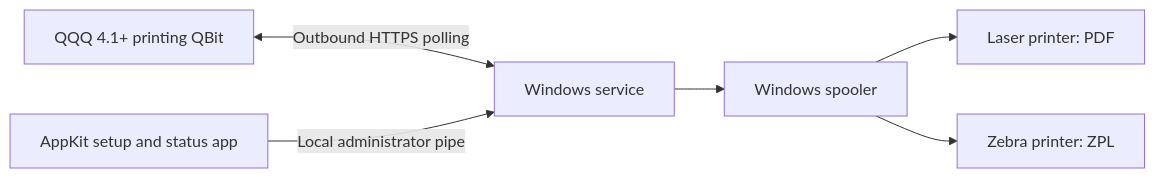
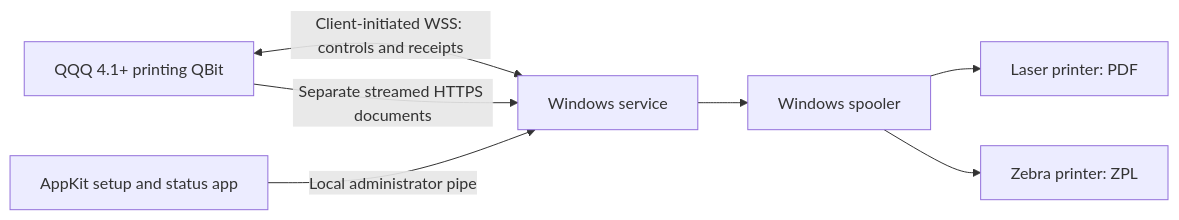
One commit to QRun-IO/qqq-print-agent changed the diagram in README.md. Above: the diagram before and after it, drawn with Mermaid. The commit also changed other lines of this file and 83 other files, not shown here.

````diff
--- a/README.md
+++ b/README.md
@@ -38,8 +38,9 @@
 ```mermaid
 flowchart LR
-  Q[QQQ 4.1+ printing QBit] <-->|Outbound HTTPS polling| S[Windows service]
+  Q[QQQ 4.1+ printing QBit] <-->|Client-initiated WSS: controls and receipts| S[Windows service]
+  Q -->|Separate streamed HTTPS documents| S
   U[AppKit setup and status app] -->|Local administrator pipe| S
   S --> W[Windows spooler]
   W --> L[Laser printer: PDF]
   W --> Z[Zebra printer: ZPL]
 ```
````
